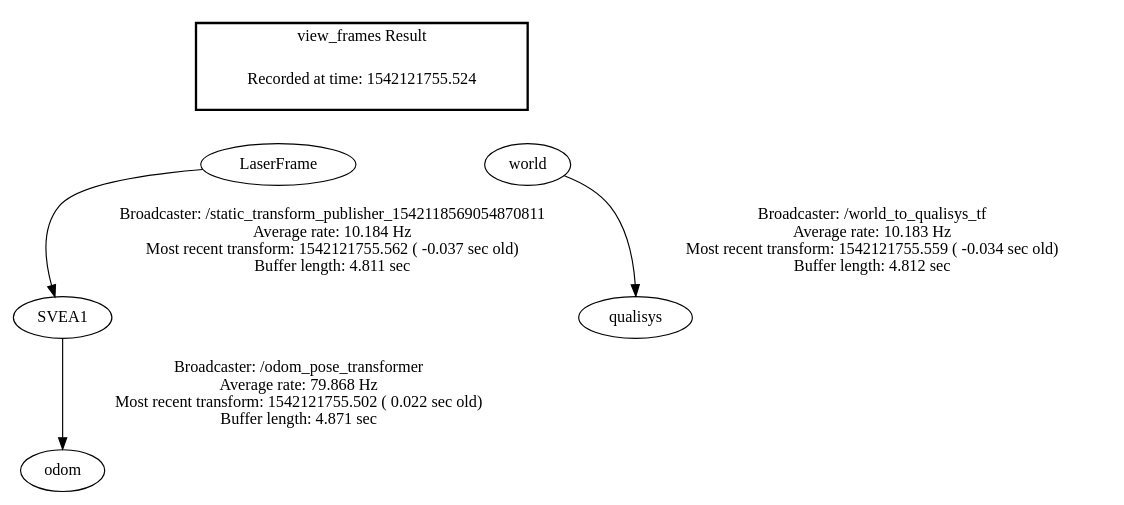
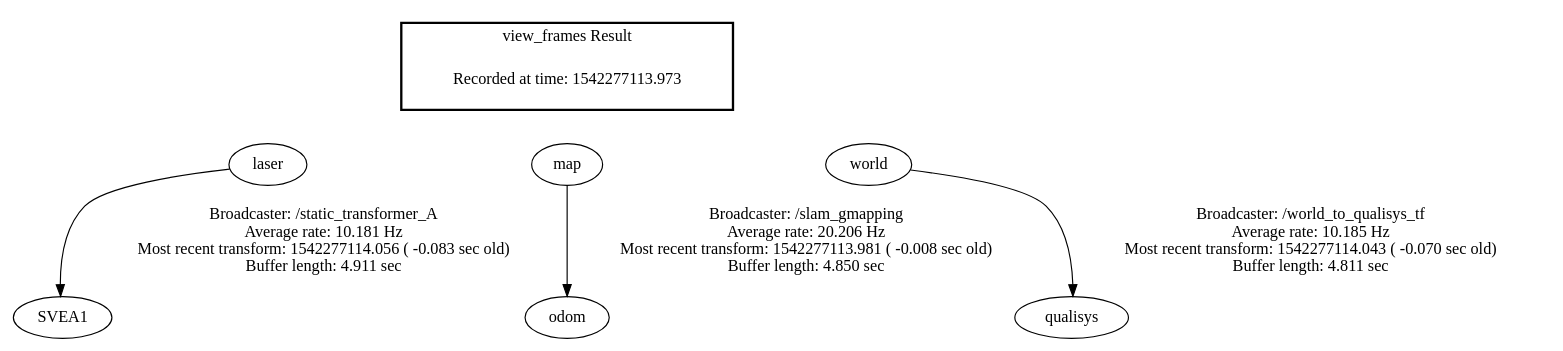
One commit to JiongruiHu/El2425_Automatic_Control_Group1 changed the diagram in frames.gv. Above: the diagram before and after it, drawn with Graphviz. The commit also changed 3 other files, not shown here.

```diff
--- a/frames.gv
+++ b/frames.gv
@@ -1,13 +1,17 @@
 digraph G {
-"SVEA1" -> "odom"[label="Broadcaster: /odom_pose_transformer\nAverage rate: 79.868 Hz\nMost recent transform: 1542121755.502 ( 0.022 sec old)\nBuffer length: 4.871 sec\n"];
-"LaserFrame" -> "SVEA1"[label="Broadcaster: /static_transform_publisher_1542118569054870811\nAverage rate: 10.184 Hz\nMost recent transform: 1542121755.562 ( -0.037 sec old)\nBuffer length: 4.811 sec\n"];
-"world" -> "qualisys"[label="Broadcaster: /world_to_qualisys_tf\nAverage rate: 10.183 Hz\nMost recent transform: 1542121755.559 ( -0.034 sec old)\nBuffer length: 4.812 sec\n"];
+"laser" -> "SVEA1"[label="Broadcaster: /static_transformer_A\nAverage rate: 10.181 Hz\nMost recent transform: 1542277114.056 ( -0.083 sec old)\nBuffer length: 4.911 sec\n"];
+"map" -> "odom"[label="Broadcaster: /slam_gmapping\nAverage rate: 20.206 Hz\nMost recent transform: 1542277113.981 ( -0.008 sec old)\nBuffer length: 4.850 sec\n"];
+"world" -> "qualisys"[label="Broadcaster: /world_to_qualisys_tf\nAverage rate: 10.185 Hz\nMost recent transform: 1542277114.043 ( -0.070 sec old)\nBuffer length: 4.811 sec\n"];
 edge [style=invis];
  subgraph cluster_legend { style=bold; color=black; label ="view_frames Result";
-"Recorded at time: 1542121755.524"[ shape=plaintext ] ;
- }->"world";
+"Recorded at time: 1542277113.973"[ shape=plaintext ] ;
+ }->"laser";
 edge [style=invis];
  subgraph cluster_legend { style=bold; color=black; label ="view_frames Result";
-"Recorded at time: 1542121755.524"[ shape=plaintext ] ;
- }->"LaserFrame";
+"Recorded at time: 1542277113.973"[ shape=plaintext ] ;
+ }->"map";
+edge [style=invis];
+ subgraph cluster_legend { style=bold; color=black; label ="view_frames Result";
+"Recorded at time: 1542277113.973"[ shape=plaintext ] ;
+ }->"world";
 }
```
